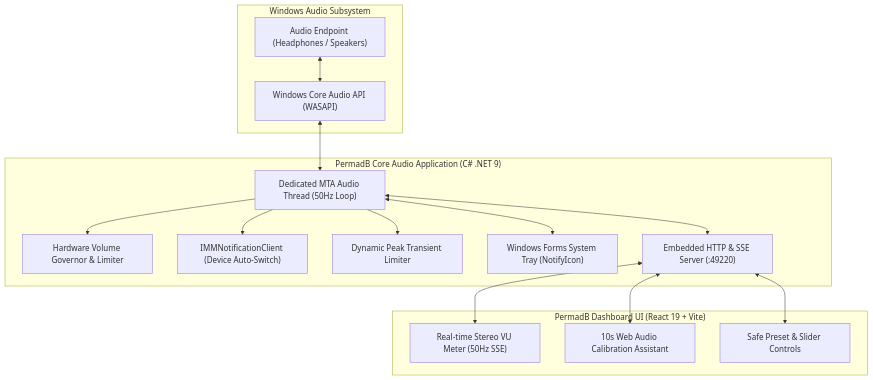
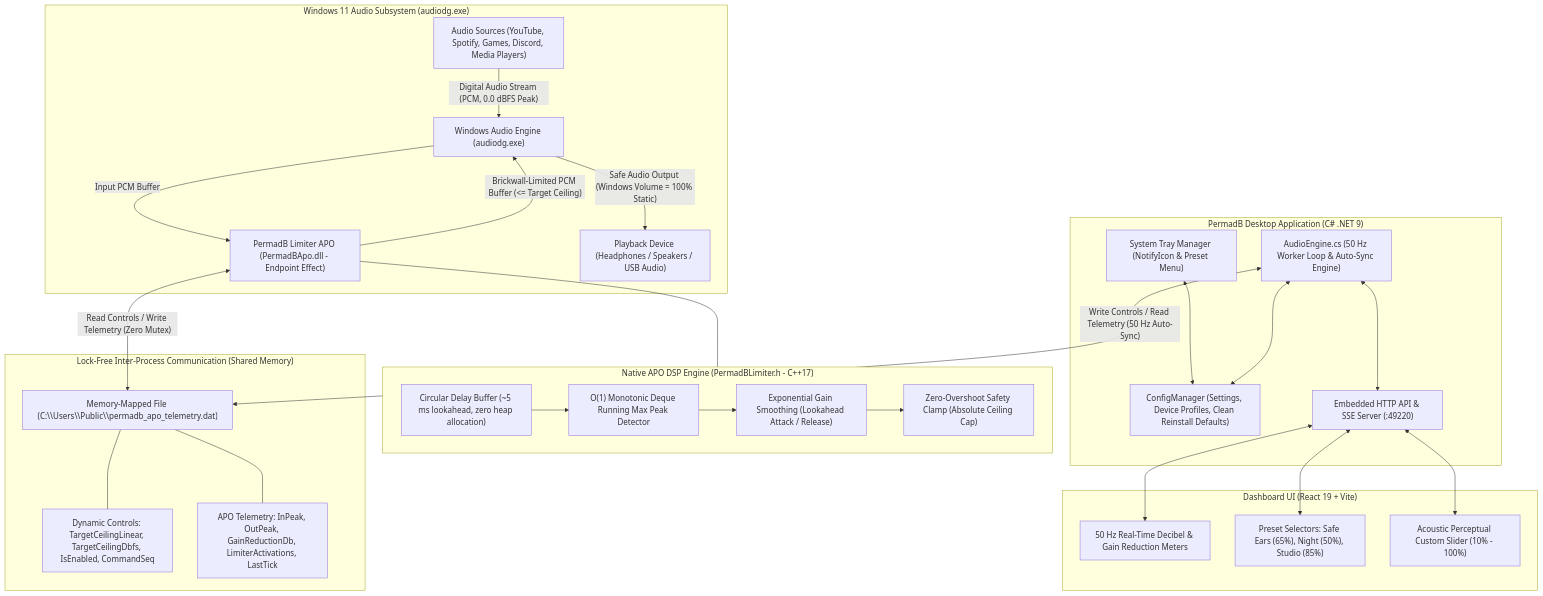
One commit to heartforheart/PermadB changed the diagram in README.md. Above: the diagram before and after it, drawn with Mermaid. The commit also changed other lines of this file, not shown here.

````diff
--- a/README.md
+++ b/README.md
@@ -126,36 +128,59 @@
 ```mermaid
 flowchart TB
-    subgraph WindowsAudio["Windows Audio Subsystem"]
-        HardwareEndpoint["Audio Endpoint (Headphones / Speakers)"]
-        WASAPI["Windows Core Audio API (WASAPI)"]
-        HardwareEndpoint <--> WASAPI
+    subgraph AudioPipeline["Windows 11 Audio Subsystem (audiodg.exe)"]
+        AudioApp["Audio Sources (YouTube, Spotify, Games, Discord, Media Players)"]
+        WinAudioEngine["Windows Audio Engine (audiodg.exe)"]
+        APO["PermadB Limiter APO (PermadBApo.dll - Endpoint Effect)"]
+        AudioEndpoint["Playback Device (Headphones / Speakers / USB Audio)"]
+        
+        AudioApp -->|"Digital Audio Stream (PCM, 0.0 dBFS Peak)"| WinAudioEngine
+        WinAudioEngine -->|"Input PCM Buffer"| APO
+        APO -->|"Brickwall-Limited PCM Buffer (<= Target Ceiling)"| WinAudioEngine
+        WinAudioEngine -->|"Safe Audio Output (Windows Volume = 100% Static)"| AudioEndpoint
     end
 
-    subgraph CoreAudioApp["PermadB Core Audio Application (C# .NET 9)"]
-        MTAThread["Dedicated MTA Audio Thread (50Hz Loop)"]
-        VolumeGovernor["Hardware Volume Governor & Limiter"]
-        DeviceWatcher["IMMNotificationClient (Device Auto-Switch)"]
-        TransientShield["Dynamic Peak Transient Limiter"]
-        
-        WASAPI <--> MTAThread
-        MTAThread --> VolumeGovernor
-        MTAThread --> DeviceWatcher
-        MTAThread --> TransientShield
+    subgraph APOCore["Native APO DSP Engine (PermadBLimiter.h - C++17)"]
+        LookaheadDelay["Circular Delay Buffer (~5 ms lookahead, zero heap allocation)"]
+        PeakDetector["O(1) Monotonic Deque Running Max Peak Detector"]
+        GainComputer["Exponential Gain Smoothing (Lookahead Attack / Release)"]
+        HardClamp["Zero-Overshoot Safety Clamp (Absolute Ceiling Cap)"]
 
-        TrayManager["Windows Forms System Tray (NotifyIcon)"]
-        HttpServer["Embedded HTTP & SSE Server (:49220)"]
-
-        MTAThread <--> TrayManager
-        MTAThread <--> HttpServer
+        LookaheadDelay --> PeakDetector
+        PeakDetector --> GainComputer
+        GainComputer --> HardClamp
     end
 
-    subgraph DashboardUI["PermadB Dashboard UI (React 19 + Vite)"]
-        VUMeter["Real-time Stereo VU Meter (50Hz SSE)"]
-        Calibrator["10s Web Audio Calibration Assistant"]
-        PresetSelector["Safe Preset & Slider Controls"]
+    subgraph IPC["Lock-Free Inter-Process Communication (Shared Memory)"]
+        ShmemFile["Memory-Mapped File (C:\\Users\\Public\\permadb_apo_telemetry.dat)"]
+        Controls["Dynamic Controls: TargetCeilingLinear, TargetCeilingDbfs, IsEnabled, CommandSeq"]
+        Telemetry["APO Telemetry: InPeak, OutPeak, GainReductionDb, LimiterActivations, LastTick"]
 
-        HttpServer <--> VUMeter
-        HttpServer <--> Calibrator
-        HttpServer <--> PresetSelector
+        ShmemFile --- Controls
+        ShmemFile --- Telemetry
     end
+
+    subgraph PermadBApp["PermadB Desktop Application (C# .NET 9)"]
+        AudioEngineCS["AudioEngine.cs (50 Hz Worker Loop & Auto-Sync Engine)"]
+        TrayManager["System Tray Manager (NotifyIcon & Preset Menu)"]
+        ConfigMgr["ConfigManager (Settings, Device Profiles, Clean Reinstall Defaults)"]
+        HttpServer["Embedded HTTP API & SSE Server (:49220)"]
+
+        TrayManager <--> ConfigMgr
+        AudioEngineCS <--> ConfigMgr
+        AudioEngineCS <--> HttpServer
+    end
+
+    subgraph UI["Dashboard UI (React 19 + Vite)"]
+        Meters["50 Hz Real-Time Decibel & Gain Reduction Meters"]
+        Presets["Preset Selectors: Safe Ears (65%), Night (50%), Studio (85%)"]
+        CustomSlider["Acoustic Perceptual Custom Slider (10% - 100%)"]
+
+        HttpServer <--> Meters
+        HttpServer <--> Presets
+        HttpServer <--> CustomSlider
+    end
+
+    APO <-->|"Read Controls / Write Telemetry (Zero Mutex)"| ShmemFile
+    AudioEngineCS <-->|"Write Controls / Read Telemetry (50 Hz Auto-Sync)"| ShmemFile
+    APO --- APOCore
 ```
````
